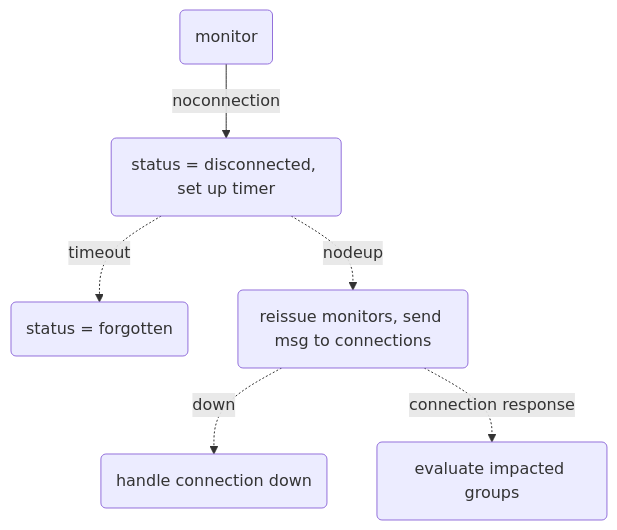
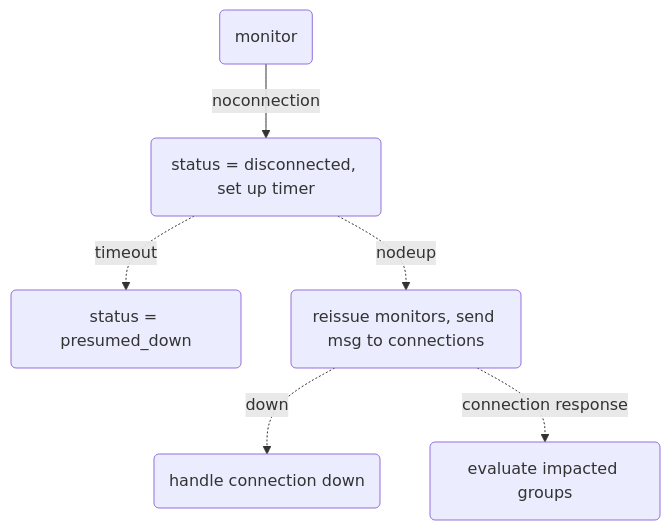
Before and after one commit to codacy-open-source-projects-scans/rabbitmq-server: the third of 4 diagrams in deps/rabbitmq_stream/docs/stream_coordinator.md, drawn with Mermaid. The commit also changed other lines of this file and 71 other files, not shown here.

````diff
--- a/deps/rabbitmq_stream/docs/stream_coordinator.md
+++ b/deps/rabbitmq_stream/docs/stream_coordinator.md
@@ -55,8 +55,8 @@
 ```mermaid
 flowchart TB
   A(monitor) --noconnection--> B(status = disconnected, set up timer)
-  B -. timeout .-> C(status = forgotten)
+  B -. timeout .-> C(status = presumed_down)
   B -. nodeup .-> D(reissue monitors, send msg to connections)
   D -. down .-> E(handle connection down)
   D -. connection response .-> F(evaluate impacted groups)
 ```
````
